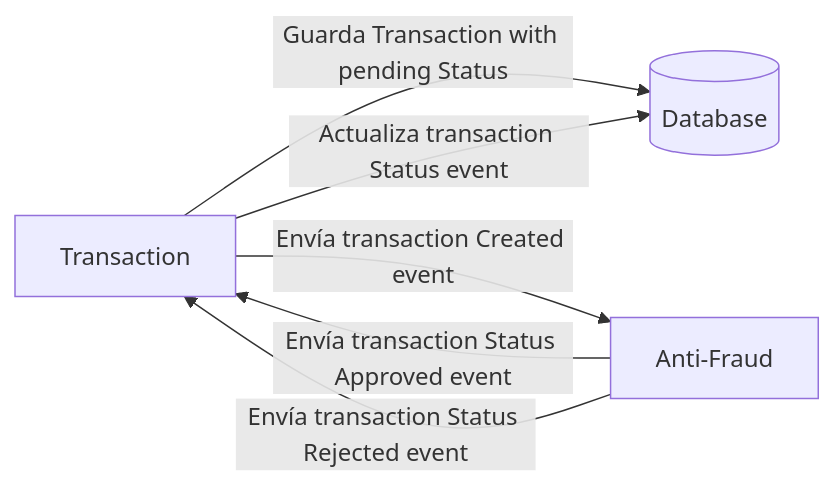
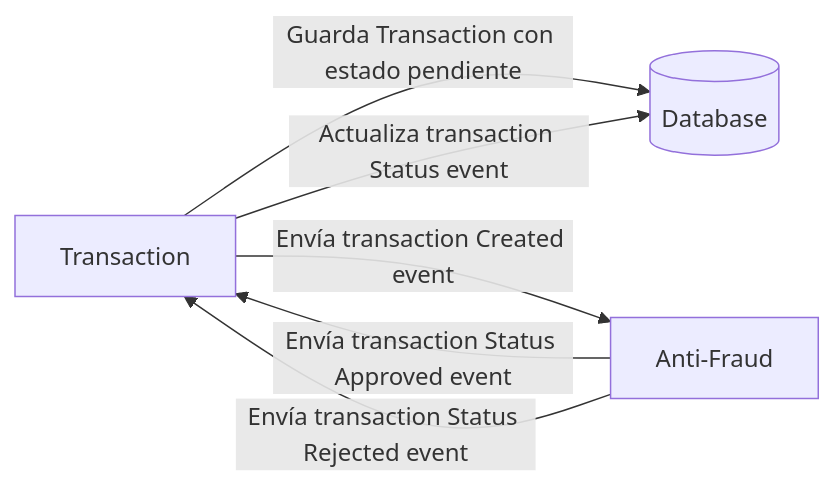
Before and after one commit to Interbank-Comercial-MDC/java-code-challenge: the diagram in README.md, drawn with Mermaid.

````diff
--- a/README.md
+++ b/README.md
@@ -24,8 +24,8 @@
 ```mermaid
   flowchart LR
-    Transaction -- Guarda Transaction with pending Status --> transactionDatabase[(Database)]
+    Transaction -- Guarda Transaction con estado pendiente --> transactionDatabase[(Database)]
     Transaction --Envía transaction Created event--> Anti-Fraud
     Anti-Fraud -- Envía transaction Status Approved event--> Transaction
     Anti-Fraud -- Envía transaction Status Rejected event--> Transaction
     Transaction -- Actualiza transaction Status event--> transactionDatabase[(Database)]
 ```
````
